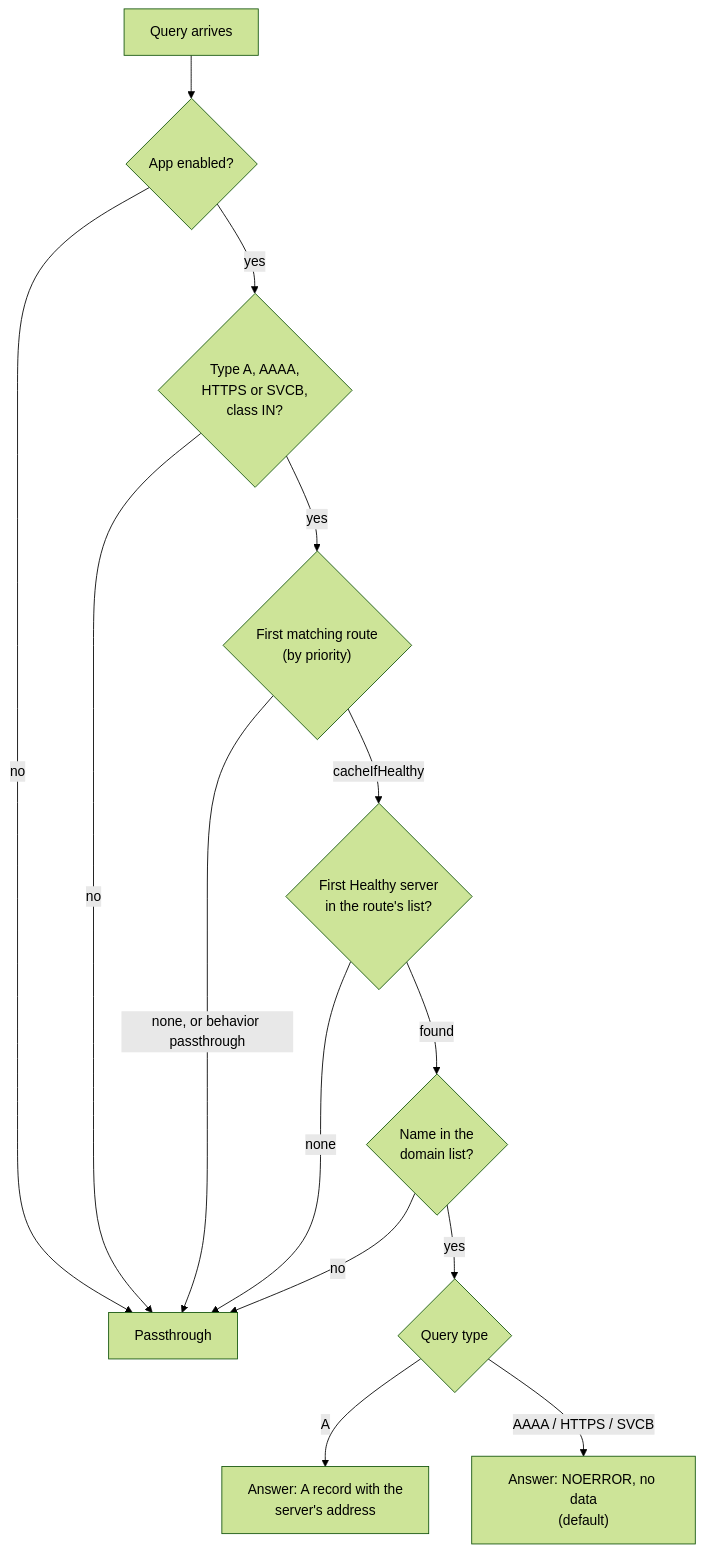
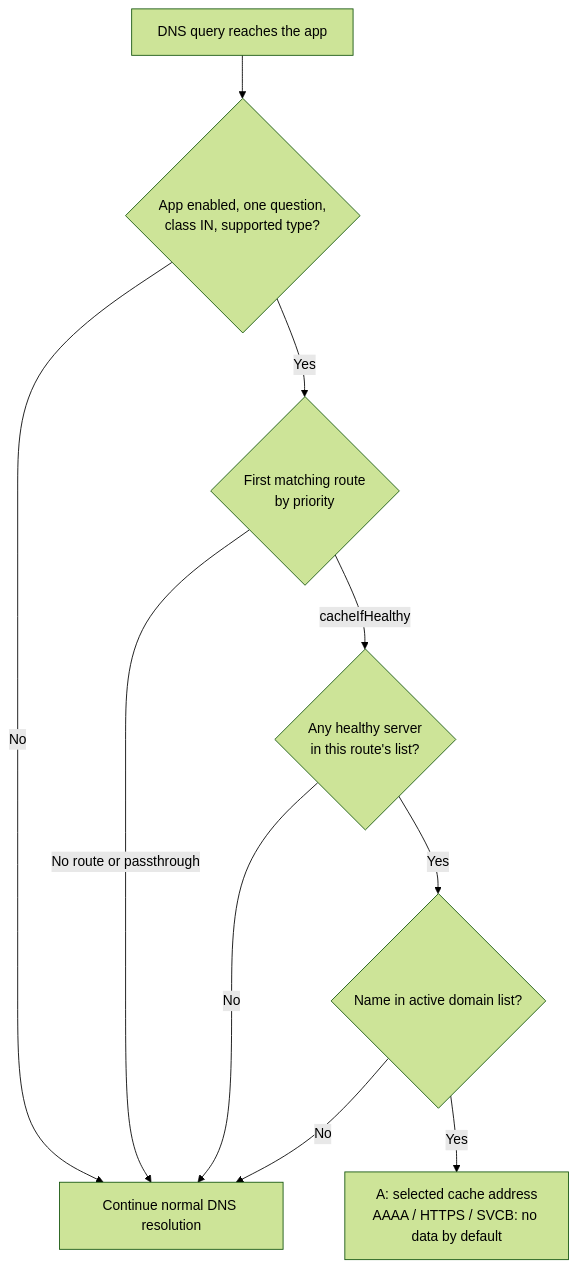
The diagram in docs/wiki/02-how-it-works.md (JohannesPosch/Technitium-LanCache-Router), drawn with Mermaid (forest theme) before and after one commit. The commit also changed other lines of this file and 11 other files, not shown here.

````diff
--- a/docs/wiki/02-how-it-works.md
+++ b/docs/wiki/02-how-it-works.md
@@ -33,16 +9,12 @@
 ```mermaid
 flowchart TD
-    Q["Query arrives"] --> E{"App enabled?"}
-    E -- no --> P["Passthrough"]
-    E -- yes --> TY{"Type A, AAAA,<br/>HTTPS or SVCB,<br/>class IN?"}
-    TY -- no --> P
-    TY -- yes --> RT{"First matching route<br/>(by priority)"}
-    RT -- "none, or behavior passthrough" --> P
-    RT -- "cacheIfHealthy" --> H1{"First Healthy server<br/>in the route's list?"}
-    H1 -- none --> P
-    H1 -- found --> DM
-    DM{"Name in the<br/>domain list?"} -- no --> P
-    DM -- yes --> TYPE{"Query type"}
-    TYPE -- "A" --> ANS["Answer: A record with the<br/>server's address"]
-    TYPE -- "AAAA / HTTPS / SVCB" --> ND["Answer: NOERROR, no data<br/>(default)"]
+    Query["DNS query reaches the app"] --> Eligible{"App enabled, one question,<br/>class IN, supported type?"}
+    Eligible -->|No| Normal["Continue normal DNS resolution"]
+    Eligible -->|Yes| Route{"First matching route<br/>by priority"}
+    Route -->|"No route or passthrough"| Normal
+    Route -->|cacheIfHealthy| Health{"Any healthy server<br/>in this route's list?"}
+    Health -->|No| Normal
+    Health -->|Yes| Domain{"Name in active domain list?"}
+    Domain -->|No| Normal
+    Domain -->|Yes| Answer["A: selected cache address<br/>AAAA / HTTPS / SVCB: no data by default"]
 ```
````
